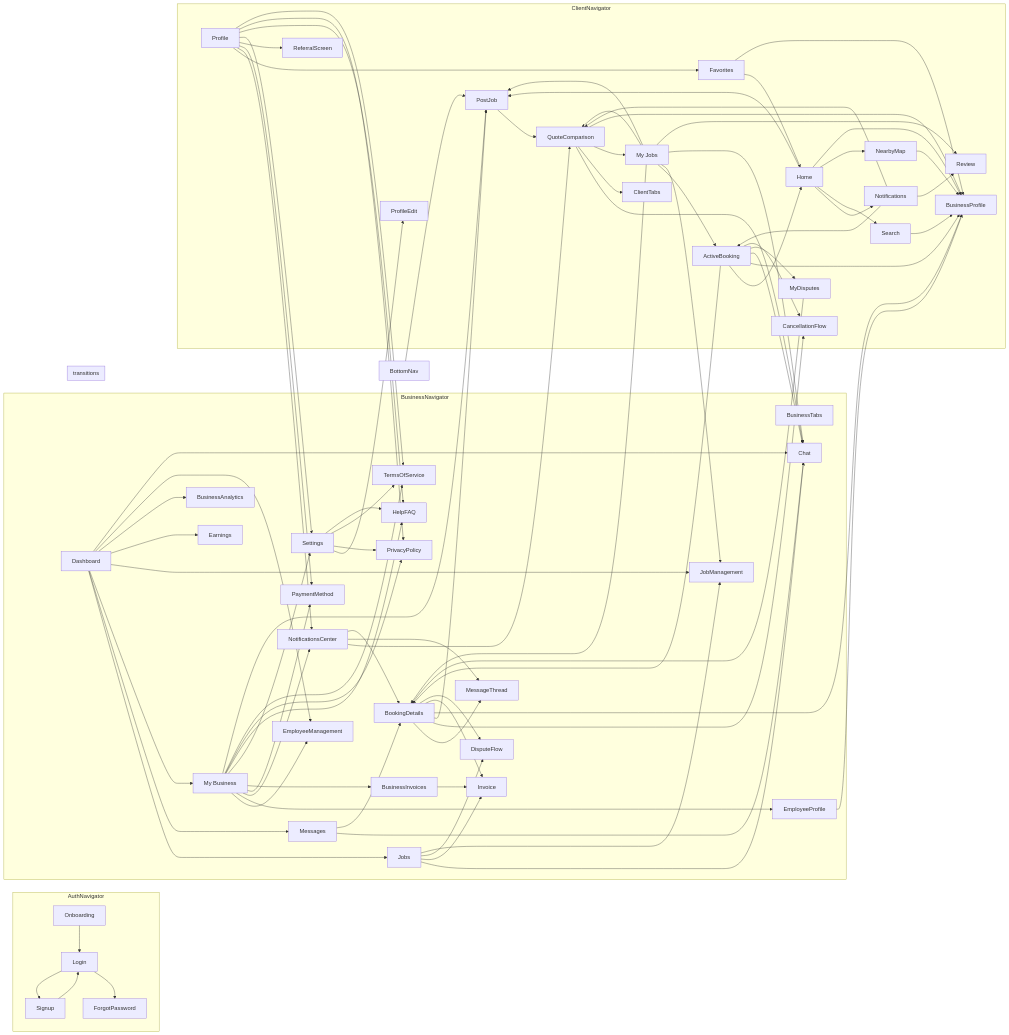
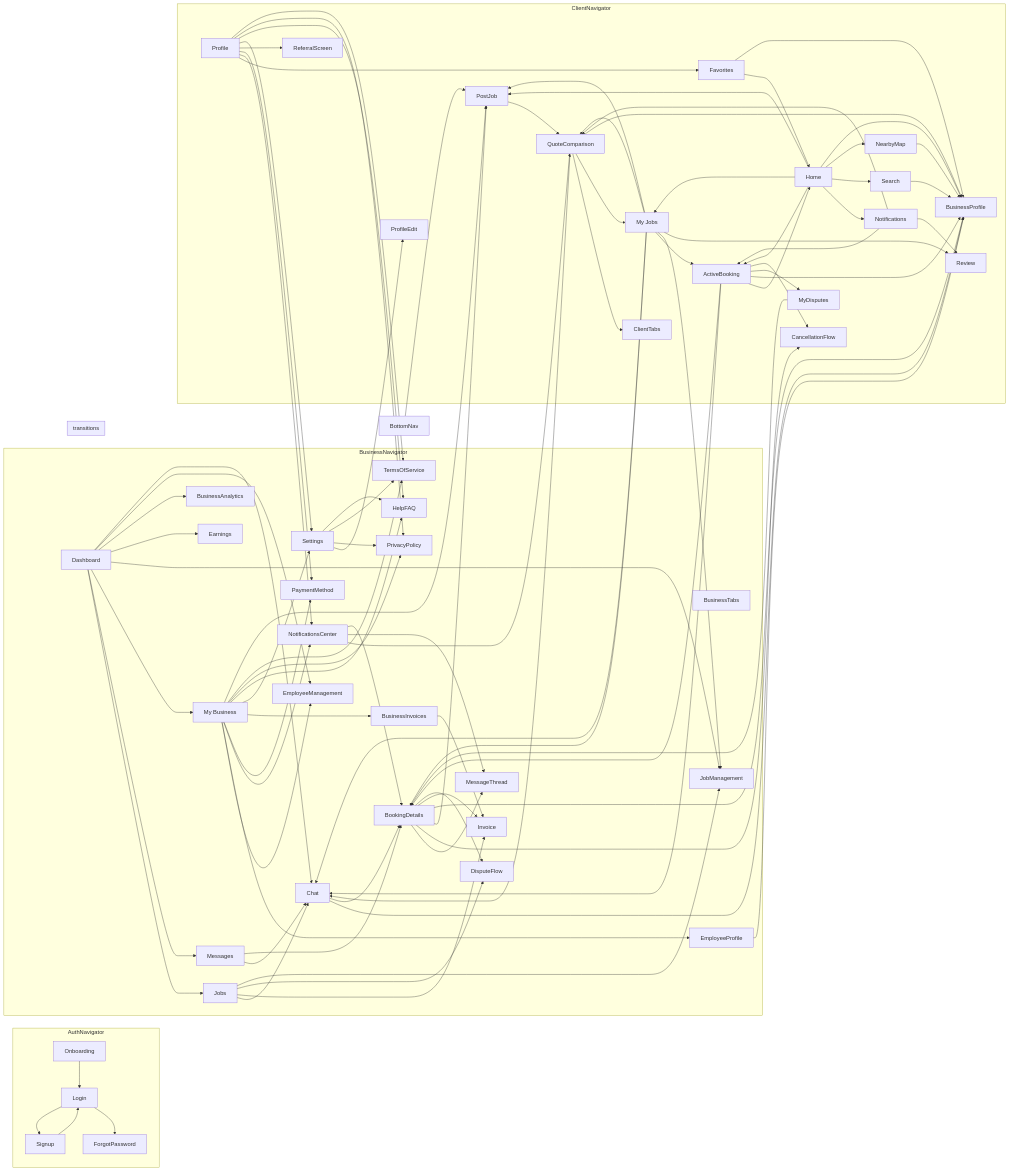
One commit to 4alkubati/SWINGBY changed the diagram in docs/FLOW_GRAPH.md. Above: the diagram before and after it, drawn with Mermaid. The commit also changed other lines of this file and 9 other files, not shown here.

```diff
--- a/docs/FLOW_GRAPH.md
+++ b/docs/FLOW_GRAPH.md
@@ -129,6 +129,8 @@
   ActiveBooking --> MyDisputes
   ActiveBooking --> CancellationFlow
   Home --> PostJob
+  Home --> ActiveBooking
+  Home --> My_Jobs
   Home --> Notifications
   Home --> Search
   Home --> NearbyMap
@@ -153,6 +155,8 @@
   BookingDetails --> BusinessProfile
   BookingDetails --> Invoice
   BookingDetails --> DisputeFlow
+  Chat --> BusinessProfile
+  Chat --> BookingDetails
   Messages --> Chat
   Messages --> BookingDetails
   BottomNav --> PostJob
```
